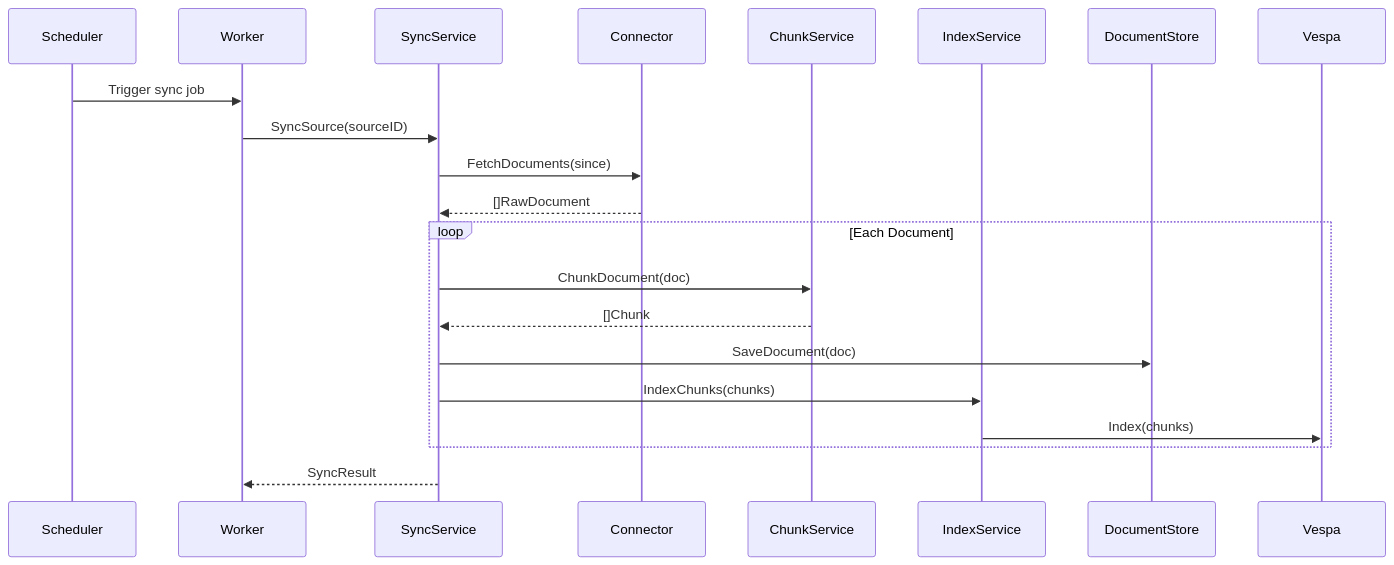
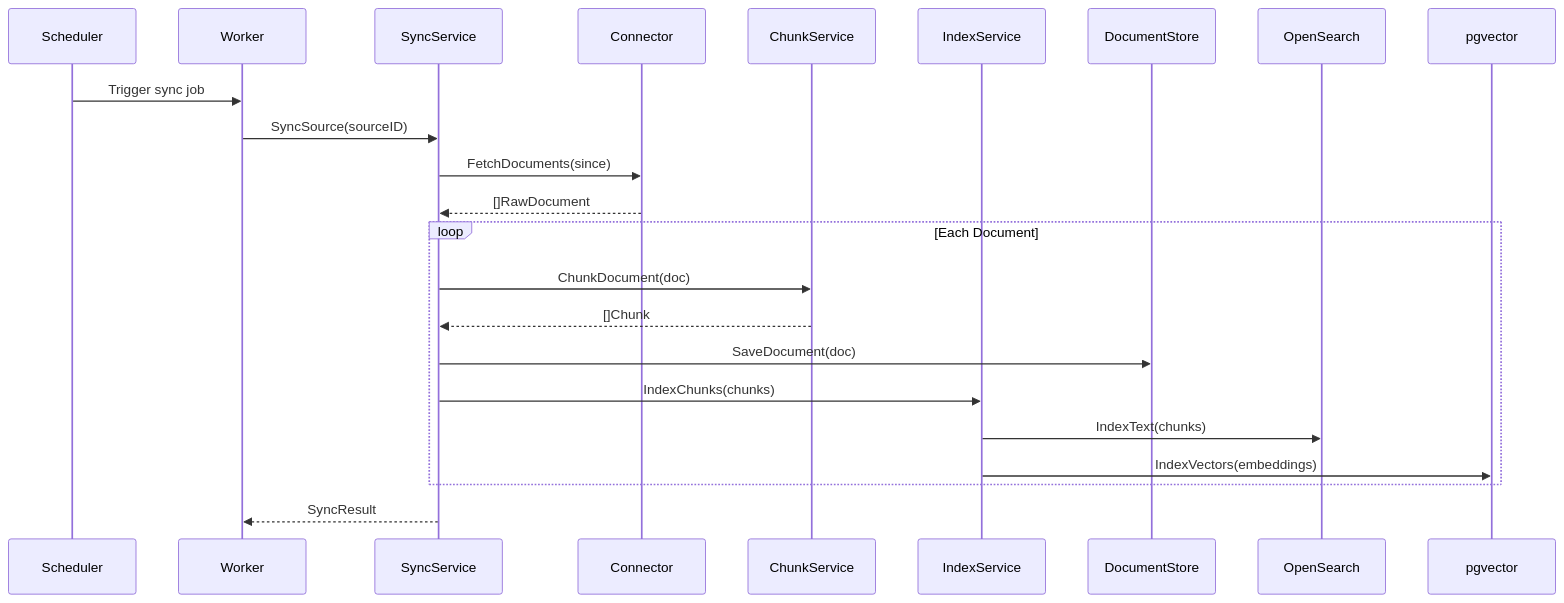
One commit to gurusheydeo/sercha-oss-docs changed the second of 3 diagrams in docs/core/architecture/data-flow.md. Above: the diagram before and after it, drawn with Mermaid. The commit also changed other lines of this file and 45 other files, not shown here.

First line of the commit message:
docs: migrate documentation from Vespa to OpenSearch/pgvector

````diff
--- a/docs/core/architecture/data-flow.md
+++ b/docs/core/architecture/data-flow.md
@@ -55,26 +61,28 @@
 ```mermaid
 sequenceDiagram
     participant Scheduler
     participant Worker as Worker
     participant Sync as SyncService
     participant Connector as Connector
     participant Chunk as ChunkService
     participant Index as IndexService
     participant Store as DocumentStore
-    participant Vespa as Vespa
+    participant OS as OpenSearch
+    participant PGV as pgvector
 
     Scheduler->>Worker: Trigger sync job
     Worker->>Sync: SyncSource(sourceID)
     Sync->>Connector: FetchDocuments(since)
     Connector-->>Sync: []RawDocument
 
     loop Each Document
         Sync->>Chunk: ChunkDocument(doc)
         Chunk-->>Sync: []Chunk
         Sync->>Store: SaveDocument(doc)
         Sync->>Index: IndexChunks(chunks)
-        Index->>Vespa: Index(chunks)
+        Index->>OS: IndexText(chunks)
+        Index->>PGV: IndexVectors(embeddings)
     end
 
     Sync-->>Worker: SyncResult
 ```
````
